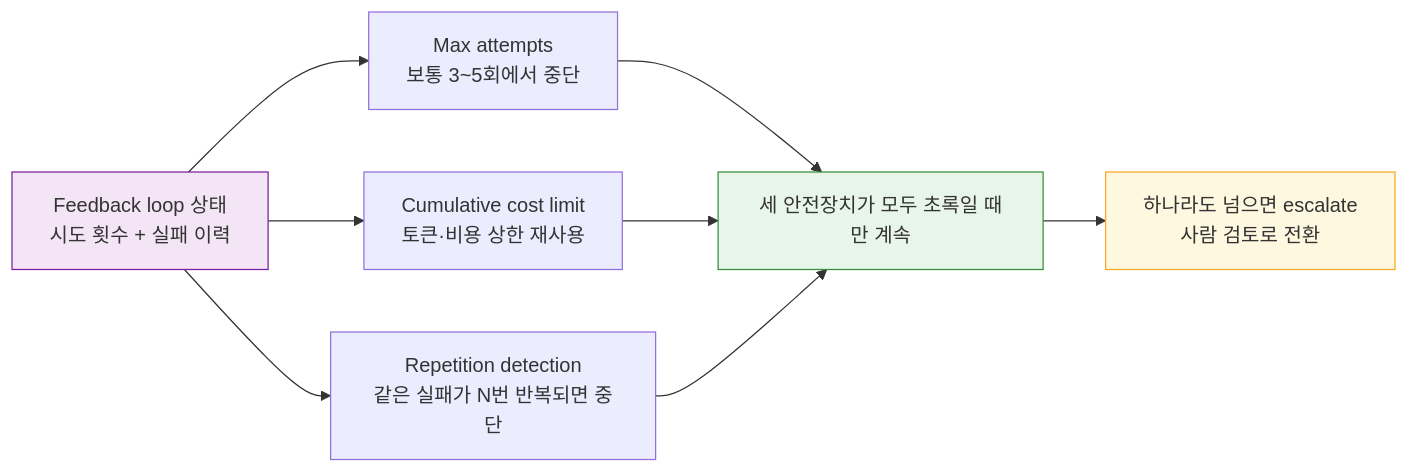
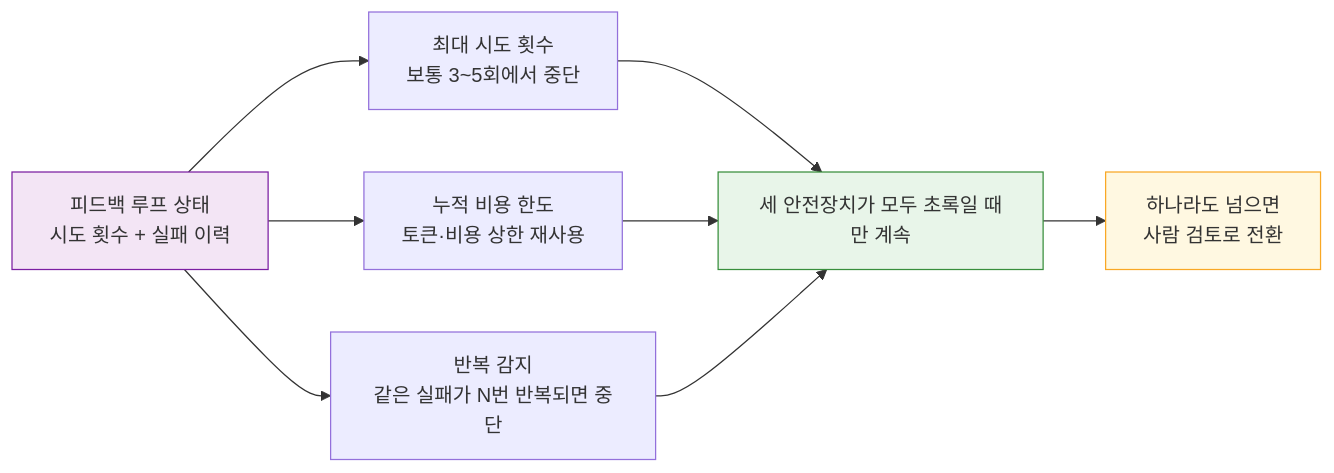
One commit to yeongseon-books/book-content changed the diagram in assets/harness-engineering-101/07/07-03-preventing-infinite-loops.ko.mmd. Above: the diagram before and after it, drawn with Mermaid. The commit also changed 52 other files, not shown here.

```diff
--- a/assets/harness-engineering-101/07/07-03-preventing-infinite-loops.ko.mmd
+++ b/assets/harness-engineering-101/07/07-03-preventing-infinite-loops.ko.mmd
@@ -1,13 +1,13 @@
 flowchart LR
-    루프상태["Feedback loop 상태\n시도 횟수 + 실패 이력"] --> 시도한도["Max attempts\n보통 3~5회에서 중단"]
-    루프상태 --> 비용한도["Cumulative cost limit\n토큰·비용 상한 재사용"]
-    루프상태 --> 반복감지["Repetition detection\n같은 실패가 N번 반복되면 중단"]
+    루프상태["피드백 루프 상태\n시도 횟수 + 실패 이력"] --> 시도한도["최대 시도 횟수\n보통 3~5회에서 중단"]
+    루프상태 --> 비용한도["누적 비용 한도\n토큰·비용 상한 재사용"]
+    루프상태 --> 반복감지["반복 감지\n같은 실패가 N번 반복되면 중단"]
 
     시도한도 --> 계속["세 안전장치가 모두 초록일 때만 계속"]
     비용한도 --> 계속
     반복감지 --> 계속
-    계속 --> 사람검토["하나라도 넘으면 escalate\n사람 검토로 전환"]
+    계속 --> 사람검토["하나라도 넘으면\n사람 검토로 전환"]
 
     style 루프상태 fill:#f3e5f5,stroke:#7b1fa2
     style 계속 fill:#e8f5e9,stroke:#388e3c
     style 사람검토 fill:#fff8e1,stroke:#f9a825
```
